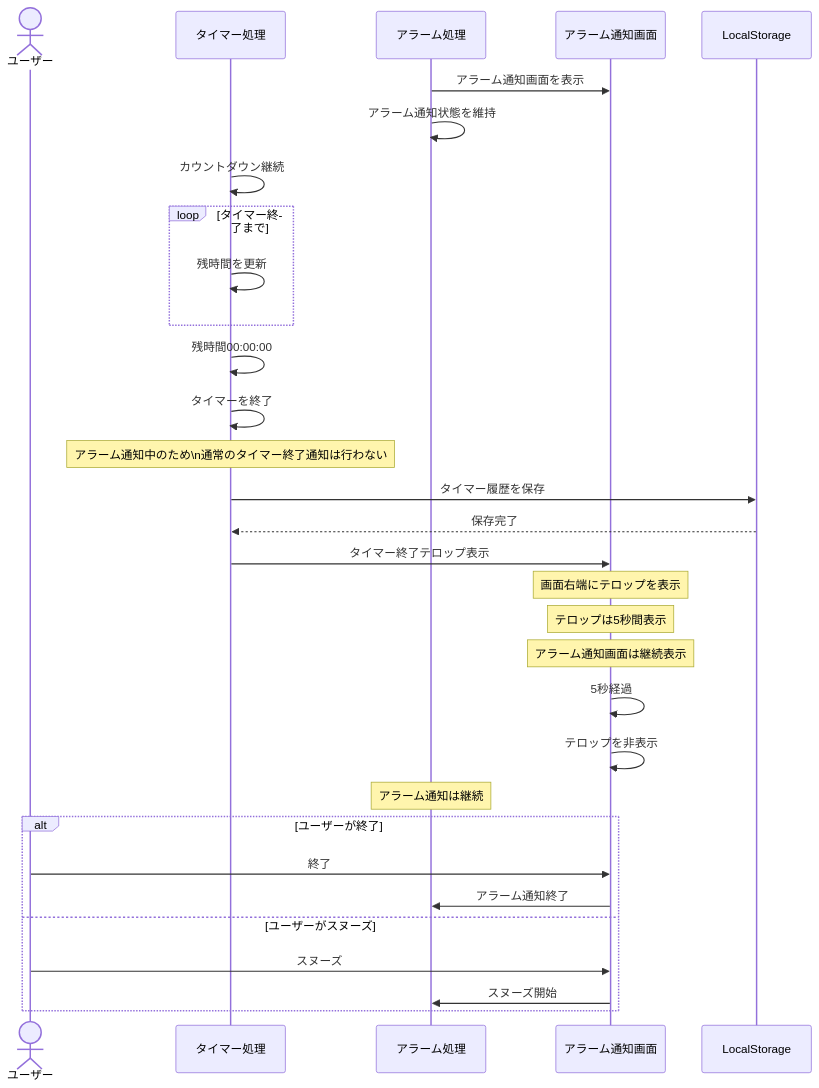
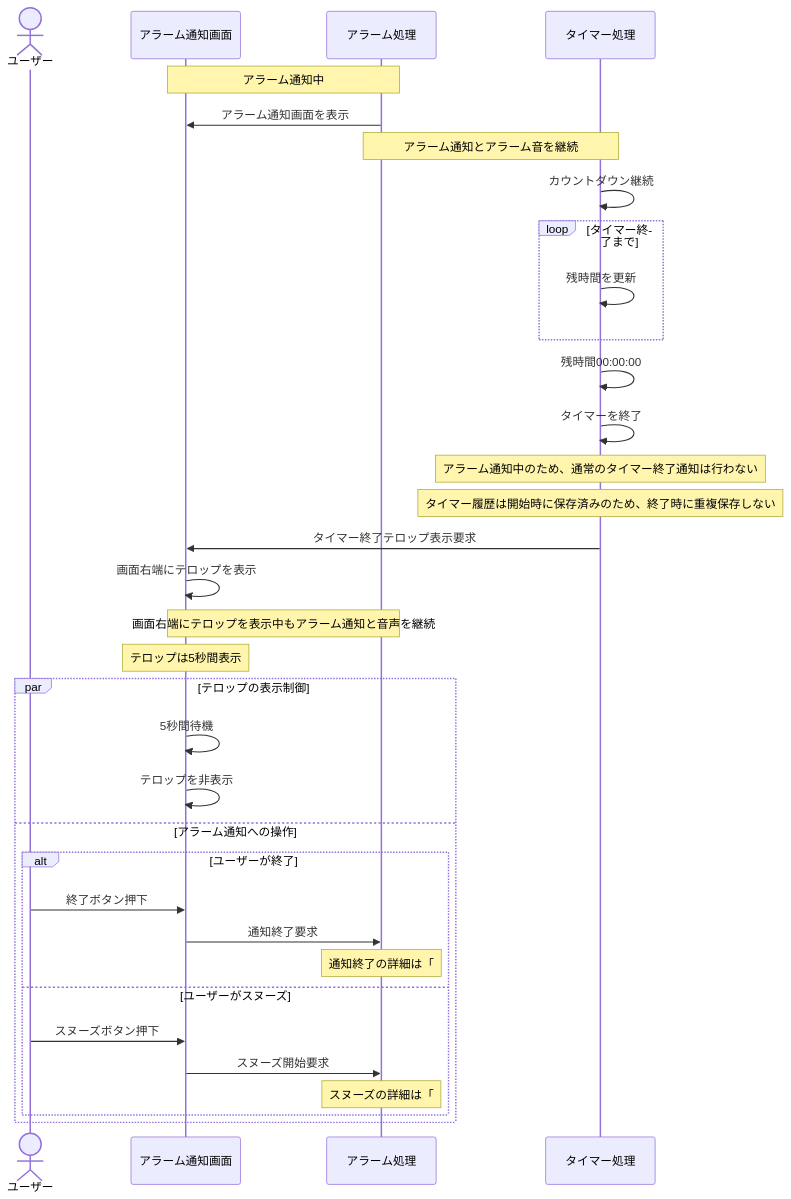
Before and after one commit to shun62201234-crypto/timerApplication: the fifth of 6 diagrams in document/設計/シーケンス図/アラームシーケンス図.md, drawn with Mermaid. The commit also changed other lines of this file, not shown here.

Commit message:
アラームシーケンス図修正

````diff
--- a/document/設計/シーケンス図/アラームシーケンス図.md
+++ b/document/設計/シーケンス図/アラームシーケンス図.md
@@ -137,44 +233,44 @@
 ```mermaid
 sequenceDiagram
     actor ユーザー
+    participant UI as アラーム通知画面
+    participant Alarm as アラーム処理
     participant Timer as タイマー処理
-    participant Alarm as アラーム処理
-    participant UI as アラーム通知画面
-    participant Storage as LocalStorage
 
+    Note over UI,Alarm: アラーム通知中
     Alarm->>UI: アラーム通知画面を表示
-    Alarm->>Alarm: アラーム通知状態を維持
+    Note over Alarm,Timer: アラーム通知とアラーム音を継続
 
     Timer->>Timer: カウントダウン継続
 
     loop タイマー終了まで
         Timer->>Timer: 残時間を更新
     end
 
     Timer->>Timer: 残時間00:00:00
     Timer->>Timer: タイマーを終了
 
-    Note over Timer: アラーム通知中のため\n通常のタイマー終了通知は行わない
+    Note over Timer: アラーム通知中のため、通常のタイマー終了通知は行わない
+    Note over Timer: タイマー履歴は開始時に保存済みのため、終了時に重複保存しない
 
-    Timer->>Storage: タイマー履歴を保存
-    Storage-->>Timer: 保存完了
+    Timer->>UI: タイマー終了テロップ表示要求
+    UI->>UI: 画面右端にテロップを表示
 
-    Timer->>UI: タイマー終了テロップ表示
+    Note over UI,Alarm: 画面右端にテロップを表示中もアラーム通知と音声を継続
+    Note over UI: テロップは5秒間表示
 
-    Note over UI: 画面右端にテロップを表示
-    Note over UI: テロップは5秒間表示
-    Note over UI: アラーム通知画面は継続表示
-
-    UI->>UI: 5秒経過
-    UI->>UI: テロップを非表示
-
-    Note over Alarm: アラーム通知は継続
-
-    alt ユーザーが終了
-        ユーザー->>UI: 終了
-        UI->>Alarm: アラーム通知終了
-    else ユーザーがスヌーズ
-        ユーザー->>UI: スヌーズ
-        UI->>Alarm: スヌーズ開始
+    par  テロップの表示制御
+        UI->>UI: 5秒間待機
+        UI->>UI: テロップを非表示
+    and アラーム通知への操作
+        alt ユーザーが終了
+            ユーザー->>UI: 終了ボタン押下
+            UI->>Alarm: 通知終了要求
+            Note over Alarm: 通知終了の詳細は「## 4」で定義
+        else ユーザーがスヌーズ
+            ユーザー->>UI: スヌーズボタン押下
+            UI->>Alarm: スヌーズ開始要求
+            Note over Alarm: スヌーズの詳細は「## 4」で定義
+        end
     end
 ```
````
